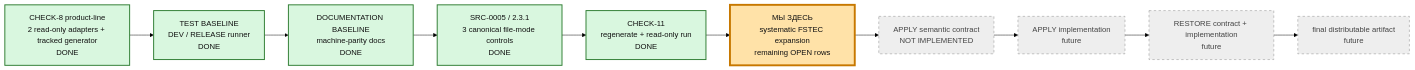
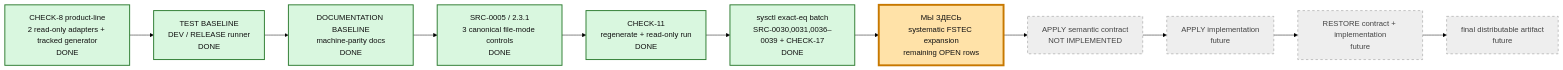
The sixth of 6 diagrams in docs/PROJECT-MAP-v3.md (rasav65/SecureLinux-Policy), drawn with Mermaid (forest theme) before and after one commit. The commit also changed other lines of this file and 37 other files, not shown here.

Commit message:
fstec: закрыть exact-eq sysctl batch и CHECK-17

````diff
--- a/docs/PROJECT-MAP-v3.md
+++ b/docs/PROJECT-MAP-v3.md
@@ -297,19 +297,20 @@
 ```mermaid
 flowchart LR
     P1["CHECK-8 product-line<br/>2 read-only adapters + tracked generator<br/>DONE"]:::closed
     P2["TEST BASELINE<br/>DEV / RELEASE runner<br/>DONE"]:::closed
     P3["DOCUMENTATION BASELINE<br/>machine-parity docs<br/>DONE"]:::closed
     P4["SRC-0005 / 2.3.1<br/>3 canonical file-mode controls<br/>DONE"]:::closed
     P5["CHECK-11<br/>regenerate + read-only run<br/>DONE"]:::closed
-    P6["МЫ ЗДЕСЬ<br/>systematic FSTEC expansion<br/>remaining OPEN rows"]:::current
-    P7["APPLY semantic contract<br/>NOT IMPLEMENTED"]:::future
-    P8["APPLY implementation<br/>future"]:::future
-    P9["RESTORE contract + implementation<br/>future"]:::future
-    P10["final distributable artifact<br/>future"]:::future
+    P6["sysctl exact-eq batch<br/>SRC-0030,0031,0036–0039 + CHECK-17<br/>DONE"]:::closed
+    P7["МЫ ЗДЕСЬ<br/>systematic FSTEC expansion<br/>remaining OPEN rows"]:::current
+    P8["APPLY semantic contract<br/>NOT IMPLEMENTED"]:::future
+    P9["APPLY implementation<br/>future"]:::future
+    P10["RESTORE contract + implementation<br/>future"]:::future
+    P11["final distributable artifact<br/>future"]:::future
 
-    P1 --> P2 --> P3 --> P4 --> P5 --> P6 --> P7 --> P8 --> P9 --> P10
+    P1 --> P2 --> P3 --> P4 --> P5 --> P6 --> P7 --> P8 --> P9 --> P10 --> P11
 
     classDef closed fill:#d9f7df,stroke:#2f7d32,color:#111,stroke-width:2px;
     classDef current fill:#ffe2a8,stroke:#c77800,color:#111,stroke-width:4px;
     classDef future fill:#eeeeee,stroke:#888,color:#444,stroke-dasharray: 5 5;
 ```
````
